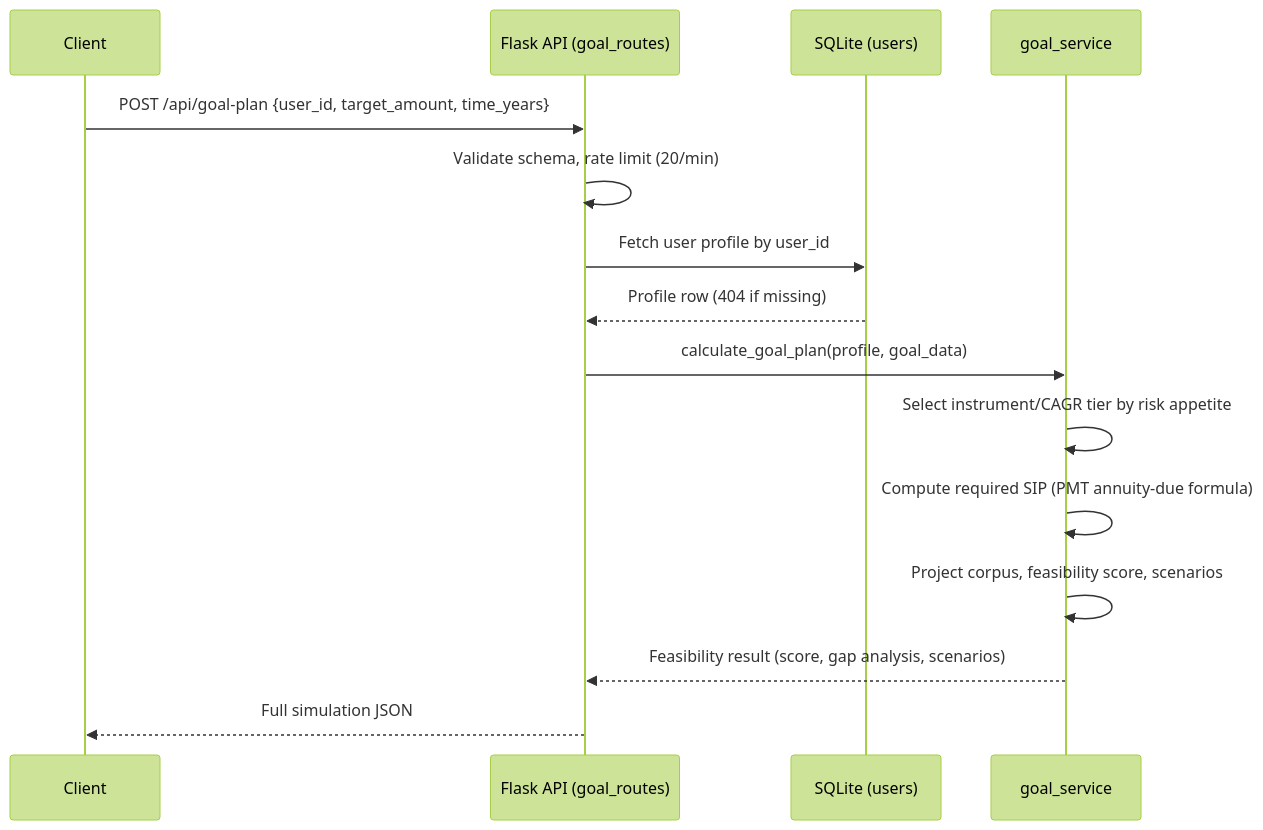
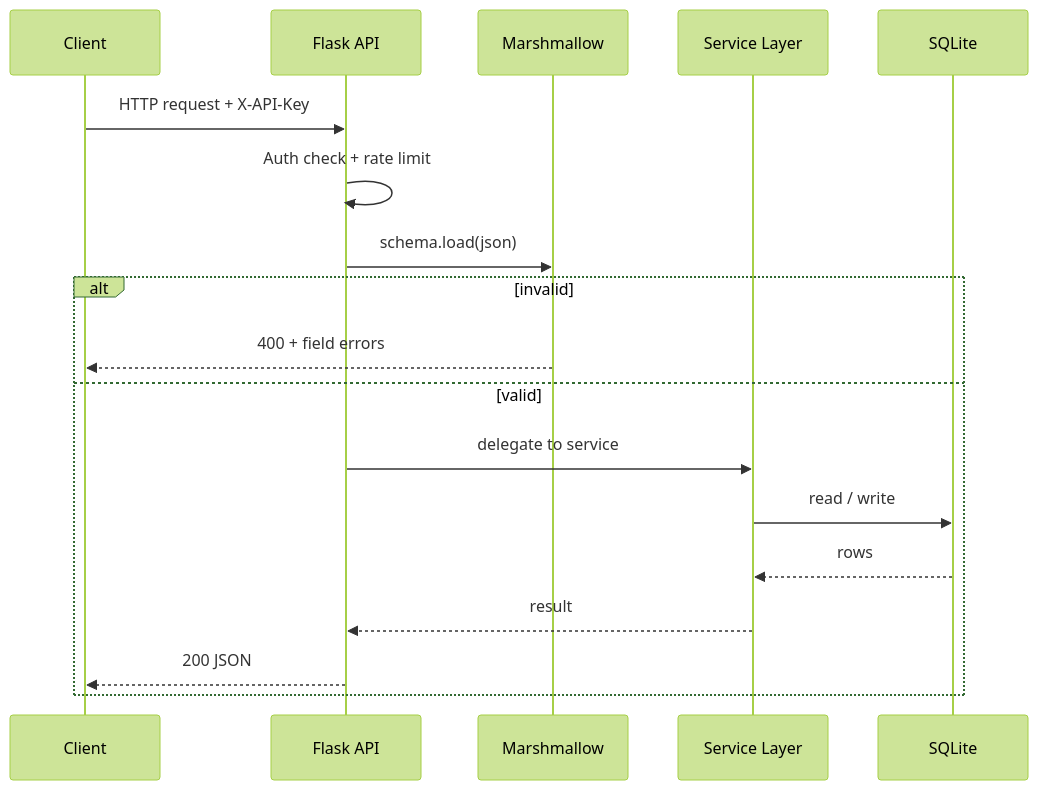
Before and after one commit to ShantanuGarg2004/FinPilot: the second of 2 diagrams in README.md, drawn with Mermaid (forest theme). The commit also changed other lines of this file and 21 other files, not shown here.

````diff
--- a/README.md
+++ b/README.md
@@ -159,18 +143,21 @@
 ```mermaid
 sequenceDiagram
-    participant Client
-    participant API as Flask API (goal_routes)
-    participant DB as SQLite (users)
-    participant Goal as goal_service
+    participant C as Client
+    participant API as Flask API
+    participant SC as Marshmallow
+    participant S as Service Layer
+    participant DB as SQLite
 
-    Client->>API: POST /api/goal-plan {user_id, target_amount, time_years}
-    API->>API: Validate schema, rate limit (20/min)
-    API->>DB: Fetch user profile by user_id
-    DB-->>API: Profile row (404 if missing)
-    API->>Goal: calculate_goal_plan(profile, goal_data)
-    Goal->>Goal: Select instrument/CAGR tier by risk appetite
-    Goal->>Goal: Compute required SIP (PMT annuity-due formula)
-    Goal->>Goal: Project corpus, feasibility score, scenarios
-    Goal-->>API: Feasibility result (score, gap analysis, scenarios)
-    API-->>Client: Full simulation JSON
+    C->>API: HTTP request + X-API-Key
+    API->>API: Auth check + rate limit
+    API->>SC: schema.load(json)
+    alt invalid
+        SC-->>C: 400 + field errors
+    else valid
+        API->>S: delegate to service
+        S->>DB: read / write
+        DB-->>S: rows
+        S-->>API: result
+        API-->>C: 200 JSON
+    end
 ```
````
